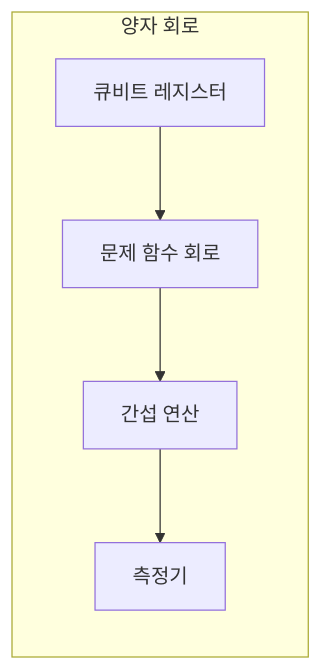
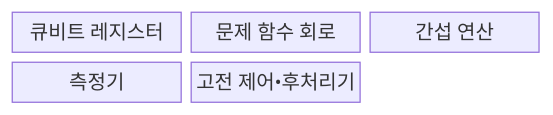
One commit to agnusdei1207/knowledge-base changed the second of 3 diagrams in src/content/docs/notes/01-basic-theory/062_quantum_algo_shor_grover.md. Above: the diagram before and after it, drawn with Mermaid. The commit also changed other lines of this file and 20 other files, not shown here.

````diff
--- a/src/content/docs/notes/01-basic-theory/062_quantum_algo_shor_grover.md
+++ b/src/content/docs/notes/01-basic-theory/062_quantum_algo_shor_grover.md
@@ -86,9 +84,10 @@
 ```mermaid
-flowchart TB
-    subgraph QC[양자 회로]
-        direction TB
-        R[큐비트 레지스터] --> F[문제 함수 회로]
-        F --> I[간섭 연산]
-        I --> M[측정기]
-    end
+block
+    columns 3
+    R["큐비트 레지스터"]
+    F["문제 함수 회로"]
+    I["간섭 연산"]
+    M["측정기"]
+    C["고전 제어•후처리기"]
+    space
 ```
````
